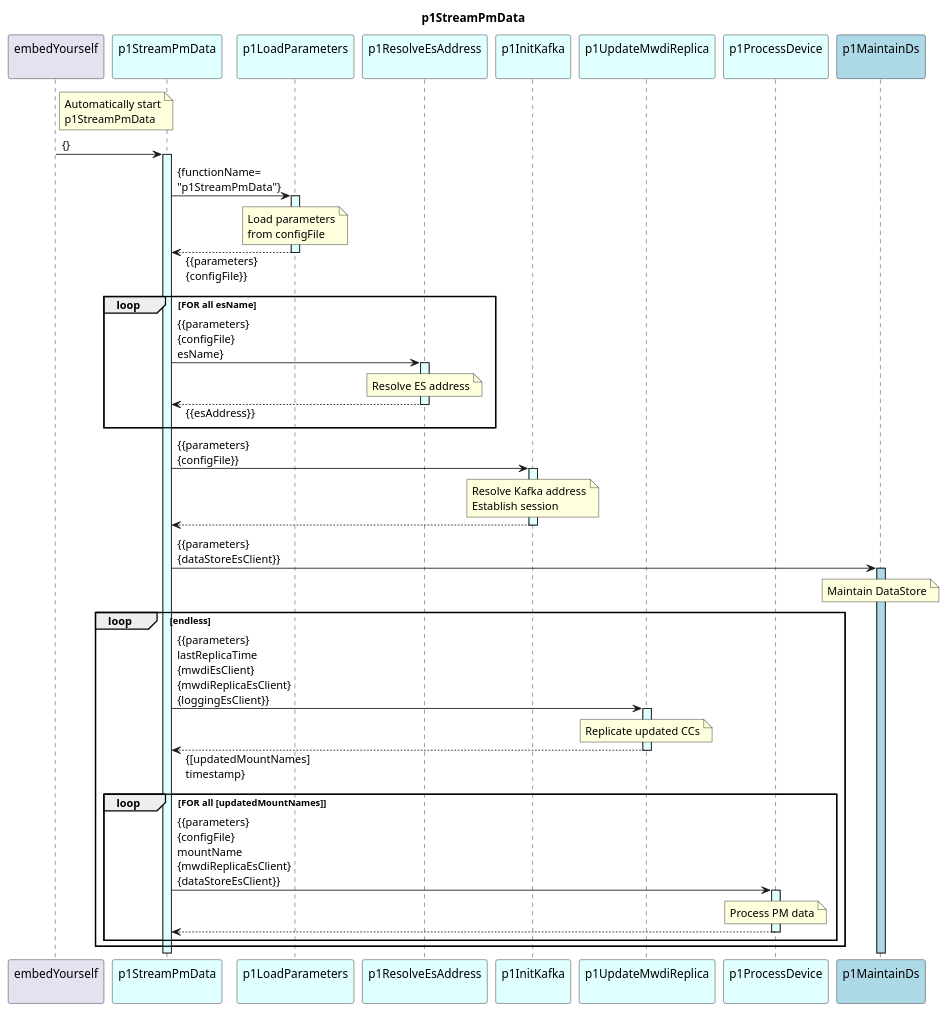
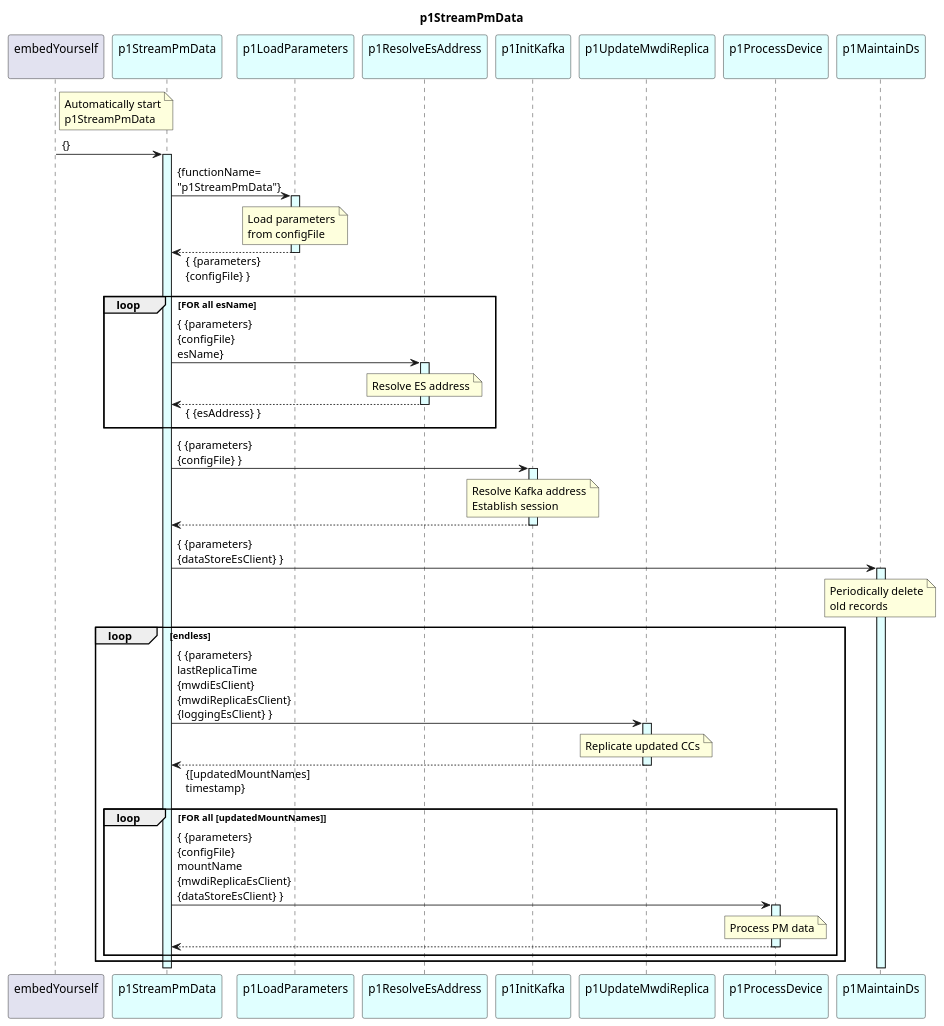
One commit to openBackhaul/DevicePerformanceManagementDataProcessor changed the diagram in spec/Functions/p1StreamPmData/1.0.0/p1StreamPmData.plantuml. Above: the diagram before and after it, drawn with PlantUML. The commit also changed 18 other files, not shown here.

```diff
--- a/spec/Functions/p1StreamPmData/1.0.0/p1StreamPmData.plantuml
+++ b/spec/Functions/p1StreamPmData/1.0.0/p1StreamPmData.plantuml
@@ -1,82 +1,83 @@
 @startuml p1StreamPmData
 skinparam responseMessageBelowArrow true
 
 title
   p1StreamPmData
 end title
 
 participant "embedYourself\n" as embed
 participant "p1StreamPmData\n" as p1RMWDI #LightCyan
 participant "p1LoadParameters\n" as p1LP #LightCyan
 participant "p1ResolveEsAddress\n" as p1REA #LightCyan
 participant "p1InitKafka\n" as p1InitKafka #LightCyan
 participant "p1UpdateMwdiReplica\n" as p1UMR #LightCyan
 participant "p1ProcessDevice\n" as p1ProcessPm #LightCyan
-participant "p1MaintainDs\n" as p1MDS #LightBlue
+participant "p1MaintainDs\n" as p1MDS #LightCyan
 
 note right embed
   Automatically start
   p1StreamPmData
 end note
 embed -> p1RMWDI : {}
 activate p1RMWDI #LightCyan
 
   p1RMWDI -> p1LP : {functionName=\n"p1StreamPmData"}
   activate p1LP #LightCyan
     note over p1LP
       Load parameters
       from configFile
     end note
-  p1RMWDI <-- p1LP : {{parameters}\n{configFile}}
+  p1RMWDI <-- p1LP : { {parameters}\n{configFile} }
   deactivate p1LP
 
   Loop FOR all esName
-    p1RMWDI -> p1REA : {{parameters}\n{configFile}\nesName}
+    p1RMWDI -> p1REA : { {parameters}\n{configFile}\nesName}
     activate p1REA #LightCyan
       note over p1REA
         Resolve ES address
       end note
-    p1RMWDI <-- p1REA : {{esAddress}}
+    p1RMWDI <-- p1REA : { {esAddress} }
     deactivate p1REA
   end Loop
 
-    p1RMWDI -> p1InitKafka : {{parameters}\n{configFile}}
+    p1RMWDI -> p1InitKafka : { {parameters}\n{configFile} }
     activate p1InitKafka #LightCyan
 
       note over p1InitKafka
         Resolve Kafka address
         Establish session
       end note
 
     p1RMWDI <-- p1InitKafka
     deactivate p1InitKafka
 
-  p1RMWDI -> p1MDS : {{parameters}\n{dataStoreEsClient}}
-  activate p1MDS #LightBlue
+  p1RMWDI -> p1MDS : { {parameters}\n{dataStoreEsClient} }
+  activate p1MDS #LightCyan
     note over p1MDS
-      Maintain DataStore
+      Periodically delete
+      old records
     end note
 
   loop endless
 
-    p1RMWDI -> p1UMR : {{parameters}\nlastReplicaTime\n{mwdiEsClient}\n{mwdiReplicaEsClient}\n{loggingEsClient}}
+    p1RMWDI -> p1UMR : { {parameters}\nlastReplicaTime\n{mwdiEsClient}\n{mwdiReplicaEsClient}\n{loggingEsClient} }
     activate p1UMR #LightCyan
       note over p1UMR
         Replicate updated CCs
       end note
     p1RMWDI <-- p1UMR : {[updatedMountNames]\ntimestamp}
     deactivate p1UMR
 
     loop FOR all [updatedMountNames]
-      p1RMWDI -> p1ProcessPm : {{parameters}\n{configFile}\nmountName\n{mwdiReplicaEsClient}\n{dataStoreEsClient}}
+      p1RMWDI -> p1ProcessPm : { {parameters}\n{configFile}\nmountName\n{mwdiReplicaEsClient}\n{dataStoreEsClient} }
       activate p1ProcessPm #LightCyan
         note over p1ProcessPm
           Process PM data
         end note
       p1RMWDI <-- p1ProcessPm
       deactivate p1ProcessPm
     end loop
 
   end loop
 
 @enduml
```
